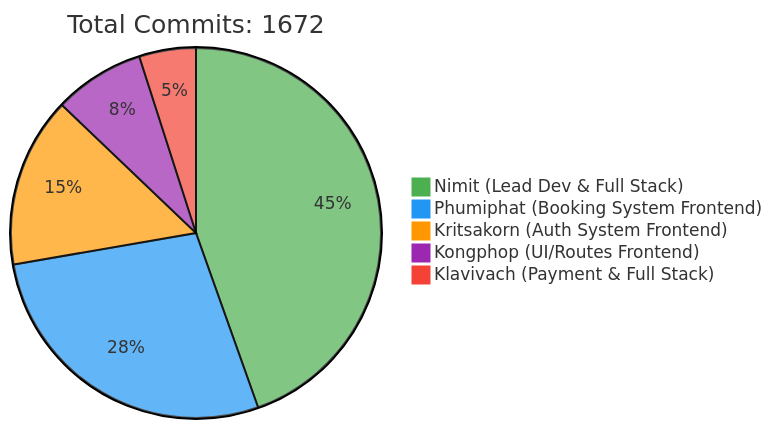
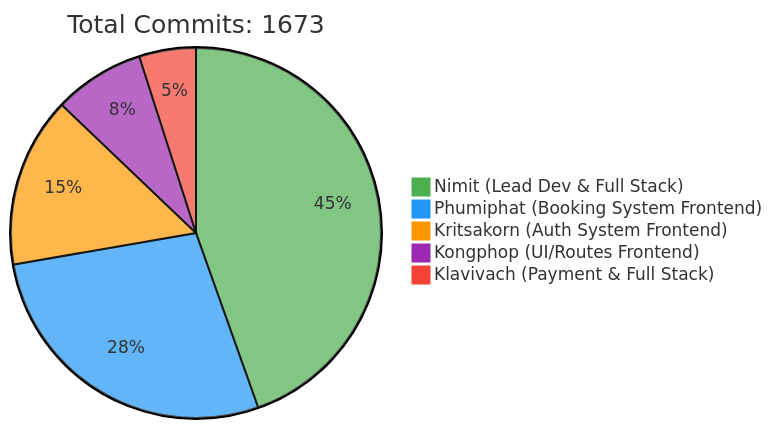
One commit to 6531503042/Sport-Complex changed the first of 2 diagrams in README.md. Above: the diagram before and after it, drawn with Mermaid. The commit also changed other lines of this file, not shown here.

Commit message:
docs: Update contributor statistics [skip ci]

````diff
--- a/README.md
+++ b/README.md
@@ -257,10 +257,10 @@
 ```mermaid
 %%{init: {'theme': 'base', 'themeVariables': { 'pie1': '#4CAF50', 'pie2': '#2196F3', 'pie3': '#FF9800', 'pie4': '#9C27B0', 'pie5': '#F44336'}}}%%
 pie
-    title Total Commits: 1672
+    title Total Commits: 1673
     "Nimit (Lead Dev & Full Stack)" : 450
     "Phumiphat (Booking System Frontend)" : 280
     "Kritsakorn (Auth System Frontend)" : 150
     "Kongphop (UI/Routes Frontend)" : 80
     "Klavivach (Payment & Full Stack)" : 50
 ```
````
